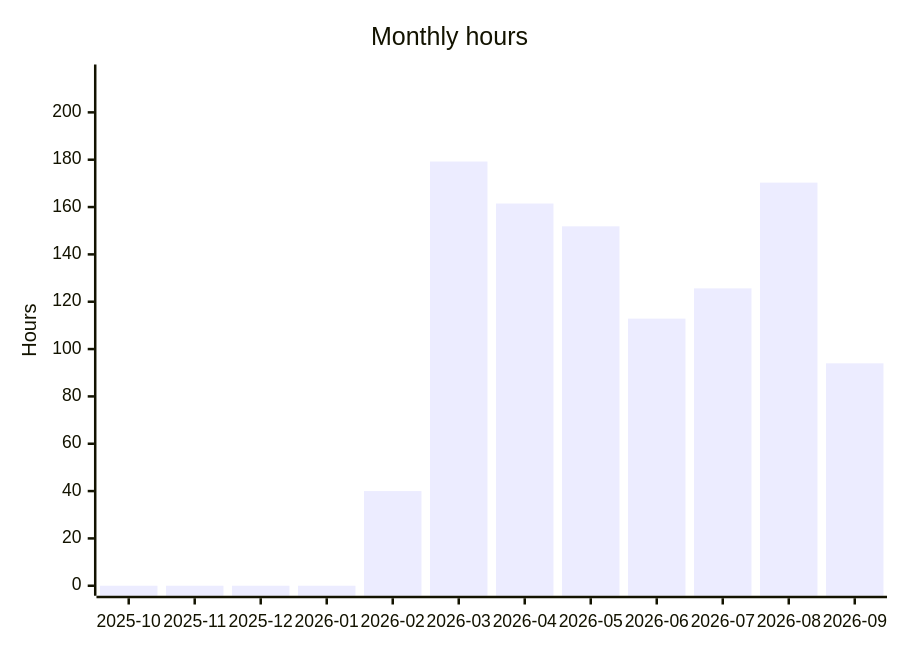
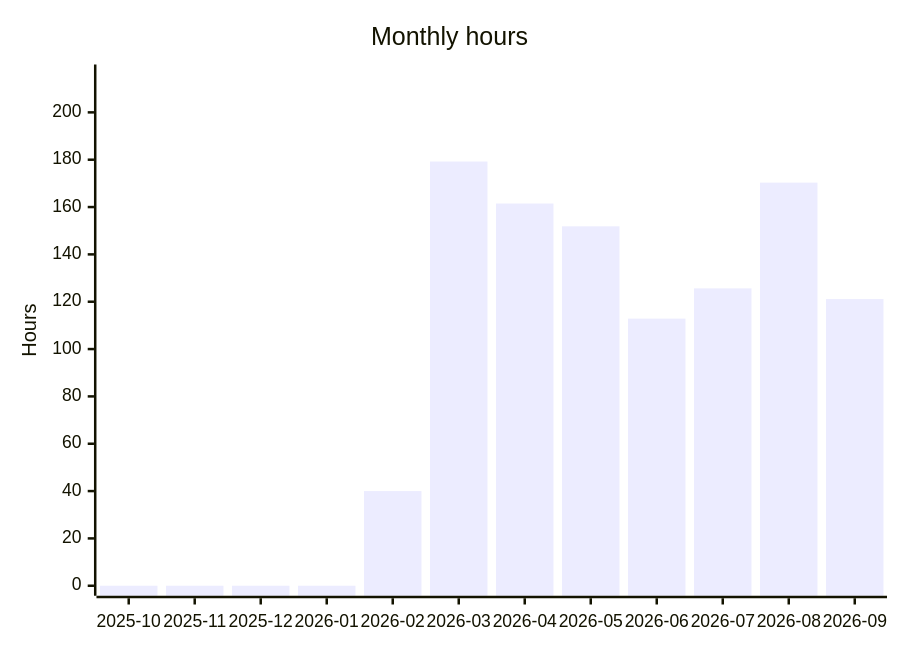
The fourth of 5 diagrams in README.org (albinforsberg-netizen/timeclock), drawn with Mermaid before and after one commit. The commit also changed other lines of this file, not shown here.

```diff
--- a/README.org
+++ b/README.org
@@ -123,7 +123,7 @@
 #+begin_src mermaid
 xychart-beta
     title "Monthly hours"
     x-axis ["2025-10", "2025-11", "2025-12", "2026-01", "2026-02", "2026-03", "2026-04", "2026-05", "2026-06", "2026-07", "2026-08", "2026-09"]
     y-axis "Hours" 0 --> 216
-    bar [0.00, 0.00, 0.00, 0.00, 40.00, 179.23, 161.48, 151.86, 112.85, 125.64, 170.32, 93.98]
+    bar [0.00, 0.00, 0.00, 0.00, 40.00, 179.23, 161.48, 151.86, 112.85, 125.64, 170.32, 121.12]
 #+end_src
```
